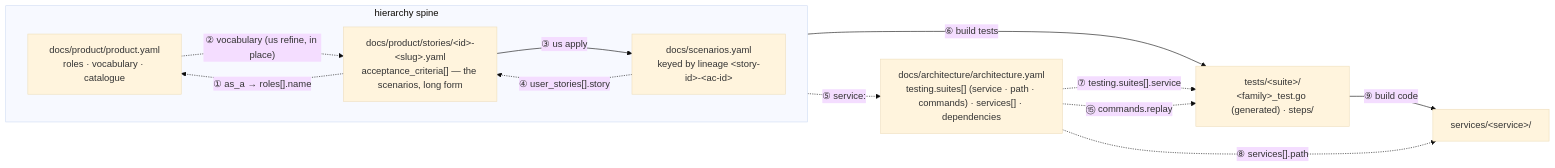
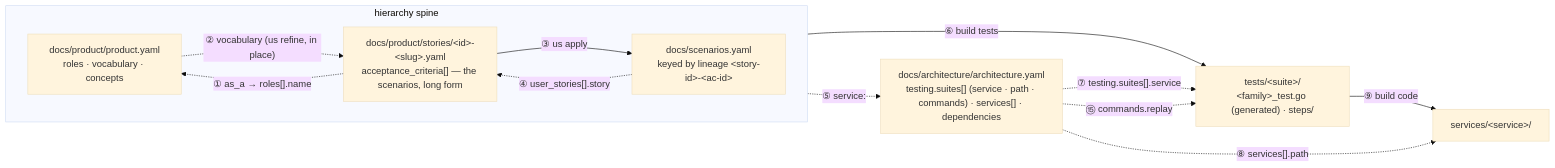
The diagram in docs/doc-universe.md (ondatra-ai/true-bdd), drawn with Mermaid (base theme) before and after one commit. The commit also changed other lines of this file and 5356 other files, not shown here.

First line of the commit message:
feat: concepts replace the Catalogue's templates: declared, linked, bound and built per concept (#263)

````diff
--- a/docs/doc-universe.md
+++ b/docs/doc-universe.md
@@ -91,25 +92,25 @@
 ```mermaid
 flowchart LR
   subgraph spine["hierarchy spine"]
     direction LR
-    PRODUCT["docs/product/product.yaml<br/>roles · vocabulary · catalogue"]
+    PRODUCT["docs/product/product.yaml<br/>roles · vocabulary · concepts"]
     STORY["docs/product/stories/&lt;id&gt;-&lt;slug&gt;.yaml<br/>acceptance_criteria[] — the scenarios, long form"]
     REG["docs/scenarios.yaml<br/>keyed by lineage &lt;story-id&gt;-&lt;ac-id&gt;"]
     STORY -- "③ us apply" --> REG
   end
 
   STORY -. "① as_a → roles[].name" .-> PRODUCT
   PRODUCT -. "② vocabulary (us refine, in place)" .-> STORY
   REG -. "④ user_stories[].story" .-> STORY
 
   ARCH["docs/architecture/architecture.yaml<br/>testing.suites[] (service · path · commands) · services[] · dependencies"]
   TESTS["tests/&lt;suite&gt;/<br/>&lt;family&gt;_test.go (generated) · steps/"]
   SRC["services/&lt;service&gt;/"]
 
   REG -- "⑥ build tests" --> TESTS
   TESTS -- "⑨ build code" --> SRC
   REG -. "⑤ service:" .-> ARCH
   ARCH -. "⑦ testing.suites[].service" .-> TESTS
   ARCH -. "⑮ commands.replay" .-> TESTS
   ARCH -. "⑧ services[].path" .-> SRC
 ```
````
